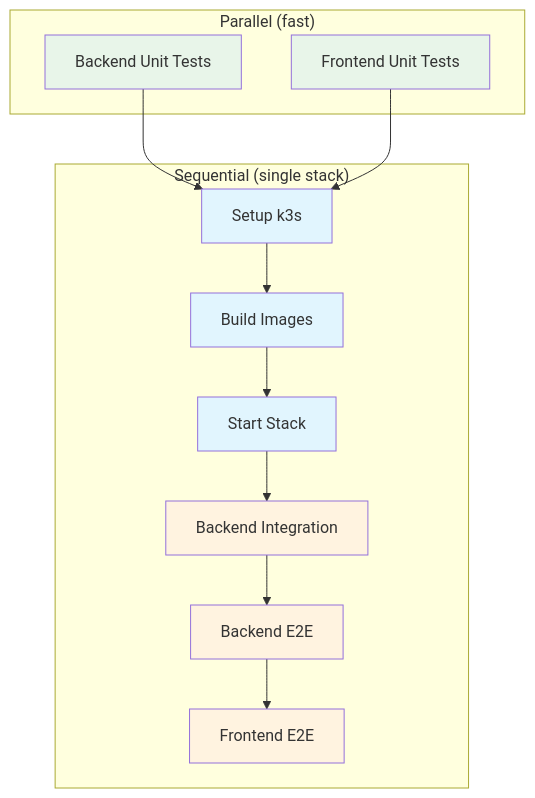
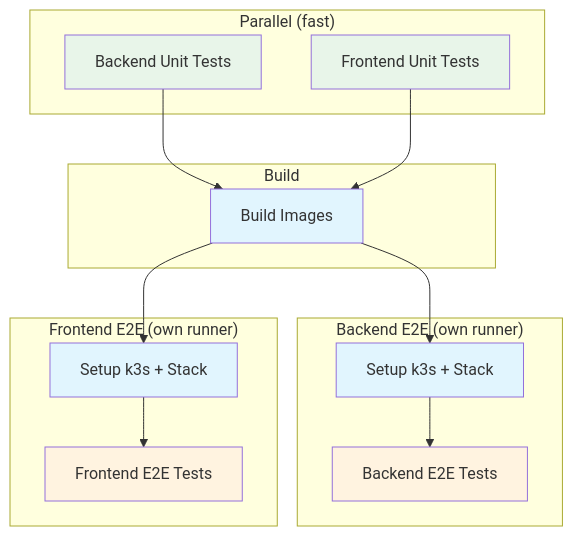
Before and after one commit to HardMax71/Integr8sCode: the third of 3 diagrams in docs/operations/cicd.md, drawn with Mermaid. The commit also changed other lines of this file and 198 other files, not shown here.

First line of the commit message:
test: adding backend/e2e tests (#97)

````diff
--- a/docs/operations/cicd.md
+++ b/docs/operations/cicd.md
@@ -128,29 +128,36 @@
 ```mermaid
 graph TD
     subgraph "Parallel (fast)"
         A[Backend Unit Tests]
         B[Frontend Unit Tests]
     end
 
-    subgraph "Sequential (single stack)"
-        C[Setup k3s]
-        D[Build Images]
-        E[Start Stack]
-        F[Backend Integration]
-        G[Backend E2E]
-        H[Frontend E2E]
-        C --> D --> E --> F --> G --> H
+    subgraph "Build"
+        C[Build Images]
+    end
+
+    subgraph "Backend E2E (own runner)"
+        D1[Setup k3s + Stack]
+        E[Backend E2E Tests]
+        D1 --> E
+    end
+
+    subgraph "Frontend E2E (own runner)"
+        D2[Setup k3s + Stack]
+        F[Frontend E2E Tests]
+        D2 --> F
     end
 
     A --> C
     B --> C
+    C --> D1
+    C --> D2
 
     style A fill:#e8f5e9
     style B fill:#e8f5e9
     style C fill:#e1f5fe
-    style D fill:#e1f5fe
-    style E fill:#e1f5fe
+    style D1 fill:#e1f5fe
+    style D2 fill:#e1f5fe
+    style E fill:#fff3e0
     style F fill:#fff3e0
-    style G fill:#fff3e0
-    style H fill:#fff3e0
 ```
````
